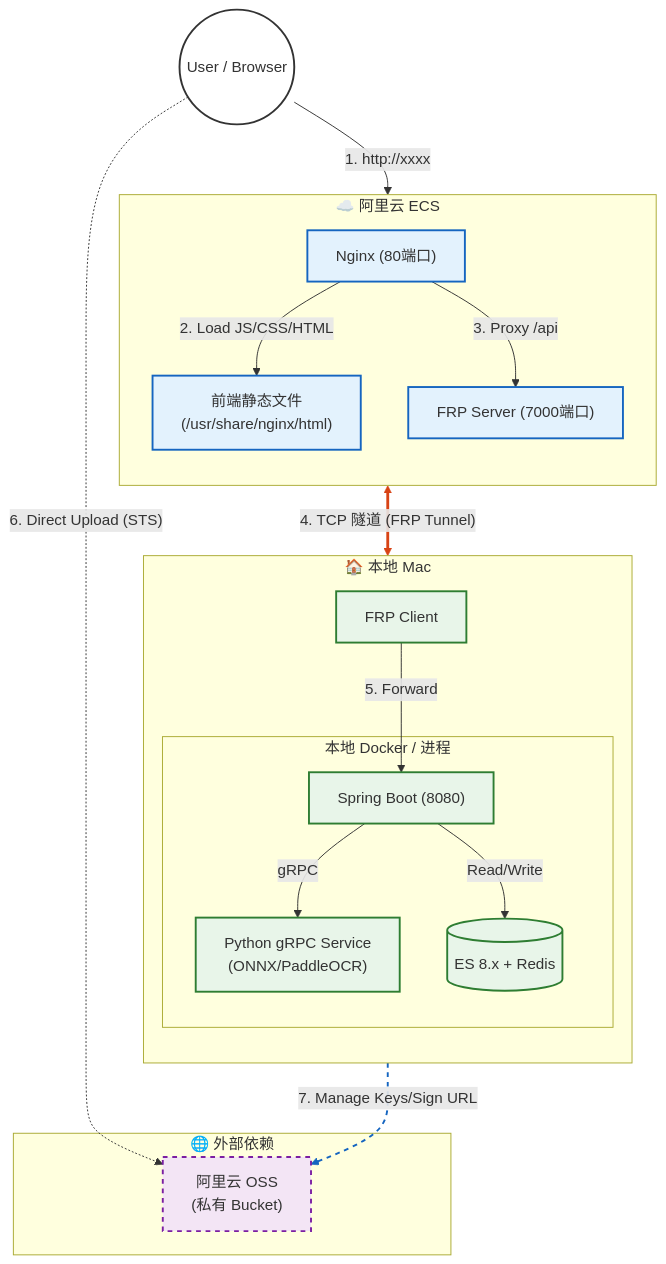
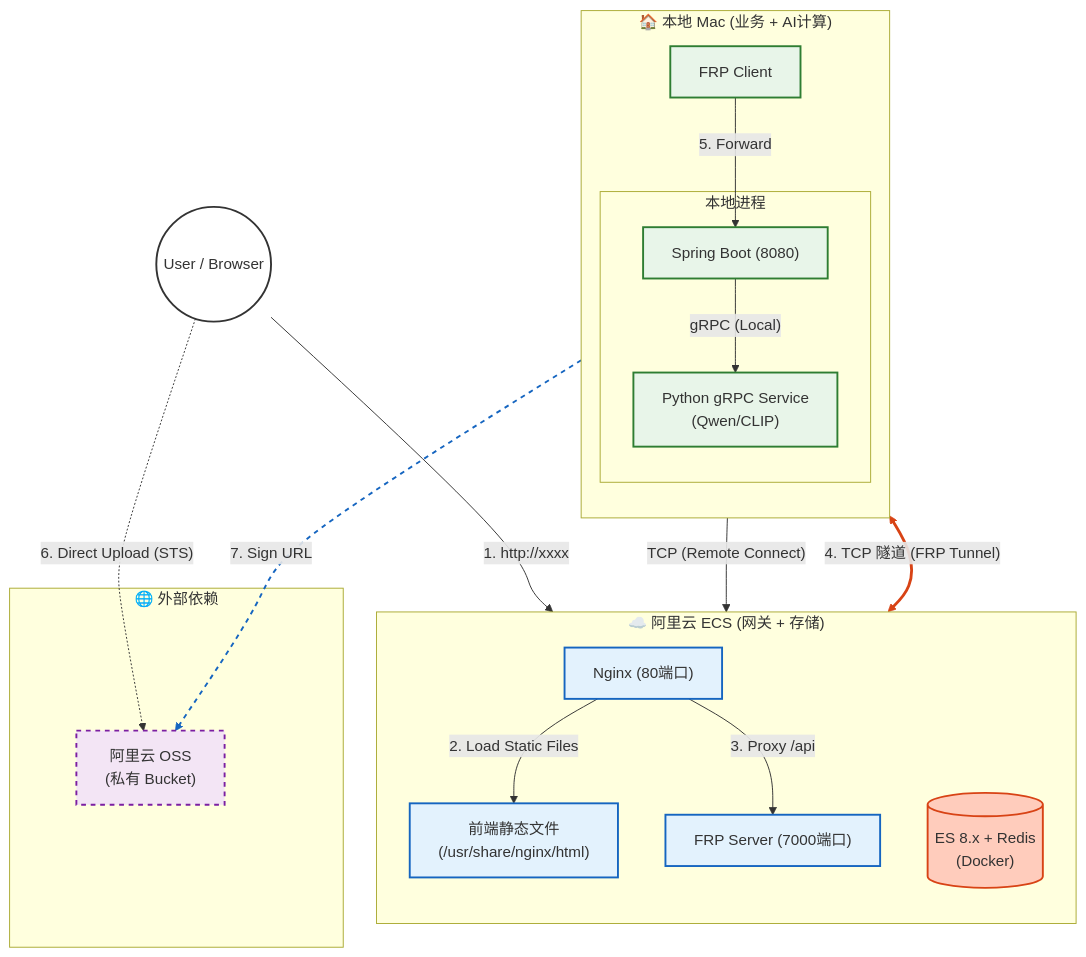
One commit to ryanmeowy/smart-vision changed the second of 2 diagrams in README.md. Above: the diagram before and after it, drawn with Mermaid.

````diff
--- a/README.md
+++ b/README.md
@@ -192,61 +192,64 @@
 ```mermaid
 graph TD
     %% ================= 样式定义 =================
     classDef user fill:#ffffff,stroke:#333,stroke-width:2px;
     classDef cloud fill:#e3f2fd,stroke:#1565c0,stroke-width:2px;
     classDef edge fill:#e8f5e9,stroke:#2e7d32,stroke-width:2px;
     classDef saas fill:#f3e5f5,stroke:#7b1fa2,stroke-width:2px,stroke-dasharray: 5 5;
+    classDef db fill:#ffccbc,stroke:#d84315,stroke-width:2px;
 
     %% ================= 外部用户 =================
     User((User / Browser)):::user
 
-    %% ================= 云端节点 (流量入口) =================
-    subgraph Cloud_Node ["☁️ 阿里云 ECS"]
+    %% ================= 云端节点 (流量入口 + 数据中心) =================
+    subgraph Cloud_Node ["☁️ 阿里云 ECS (网关 + 存储)"]
         direction TB
         Nginx["Nginx (80端口)"]:::cloud
         FRPS["FRP Server (7000端口)"]:::cloud
         StaticFiles["前端静态文件<br>(/usr/share/nginx/html)"]:::cloud
+        
+        %% 数据库现在在云端
+        DB[("ES 8.x + Redis<br>(Docker)")]:::db
     end
 
     %% ================= 边缘节点 (算力核心) =================
-    subgraph Edge_Node ["🏠 本地 Mac"]
+    subgraph Edge_Node ["🏠 本地 Mac (业务 + AI计算)"]
         direction TB
         FRPC[FRP Client]:::edge
         
-        subgraph Local_Services [本地 Docker / 进程]
+        subgraph Local_Compute [本地进程]
             Java["Spring Boot (8080)"]:::edge
-            Python["Python gRPC Service<br>(ONNX/PaddleOCR)"]:::edge
-            DB[(ES 8.x + Redis)]:::edge
+            Python["Python gRPC Service<br>(Qwen/CLIP)"]:::edge
         end
     end
 
     %% ================= 外部 SaaS =================
     subgraph External_SaaS [🌐 外部依赖]
         OSS["阿里云 OSS<br>(私有 Bucket)"]:::saas
     end
 
     %% ================= 流量链路 =================
 
     %% 1. HTTP 访问
     User -- "1. http://xxxx" --> Nginx
 
-    %% 2. 静态资源 (云端直接返回，极快)
-    Nginx -- "2. Load JS/CSS/HTML" --> StaticFiles
+    %% 2. 静态资源 (云端直接返回)
+    Nginx -- "2. Load Static Files" --> StaticFiles
 
-    %% 3. 动态请求 (穿透)
+    %% 3. 动态请求 (穿透回本地处理业务)
     Nginx -- "3. Proxy /api" --> FRPS
     FRPS <== "4. TCP 隧道 (FRP Tunnel)" ==> FRPC
     FRPC -- "5. Forward" --> Java
 
-    %% 4. 本地计算
-    Java -- "gRPC" --> Python
-    Java -- "Read/Write" --> DB
+    %% 4. 本地计算 & 远程存储交互
+    Java -- "gRPC (Local)" --> Python
+    Java -- "TCP (Remote Connect)" --> DB
 
-    %% 5. OSS 直传 (绕过服务器)
+    %% 5. OSS 直传
     User -.->|"6. Direct Upload (STS)"| OSS
-    Java -.->|"7. Manage Keys/Sign URL"| OSS
+    Java -.->|"7. Sign URL"| OSS
 
     %% ================= 样式微调 =================
     linkStyle 3 stroke:#d84315,stroke-width:3px;
-    linkStyle 8 stroke:#1565c0,stroke-width:2px,stroke-dasharray: 5 5; 
+    linkStyle 8 stroke:#1565c0,stroke-width:2px,stroke-dasharray: 5 5;
 ```
````
